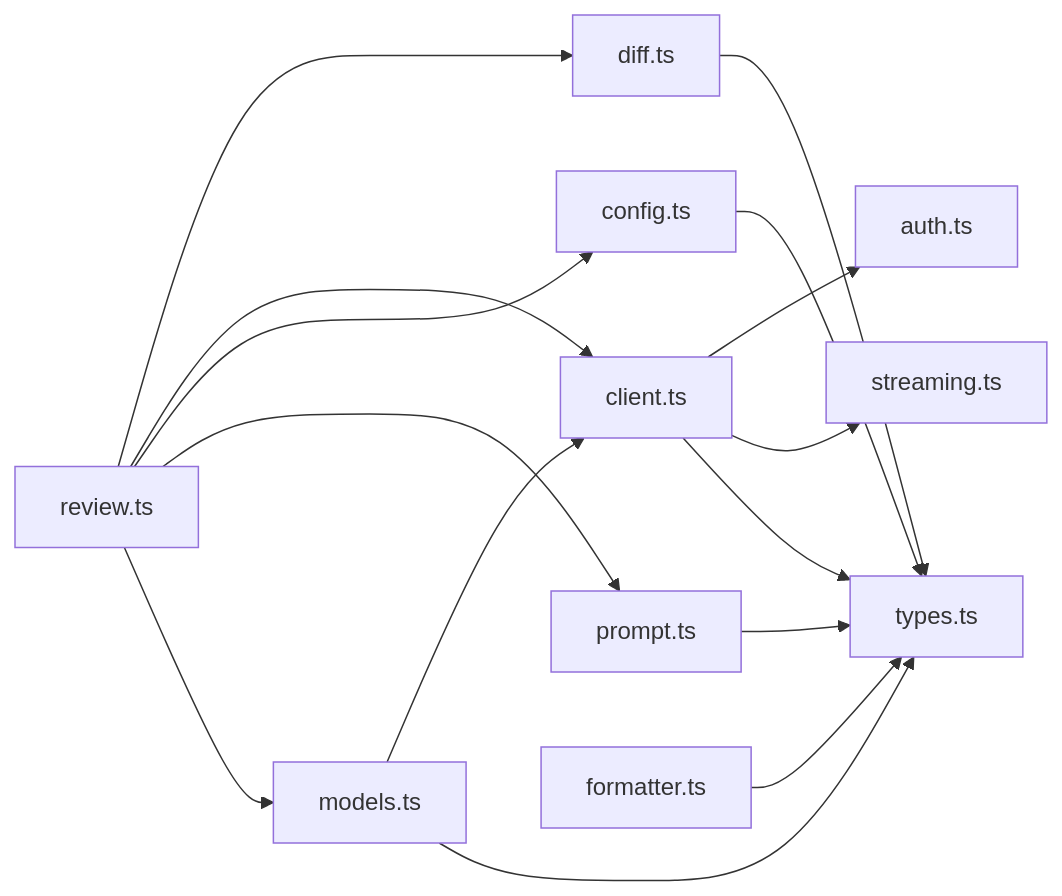
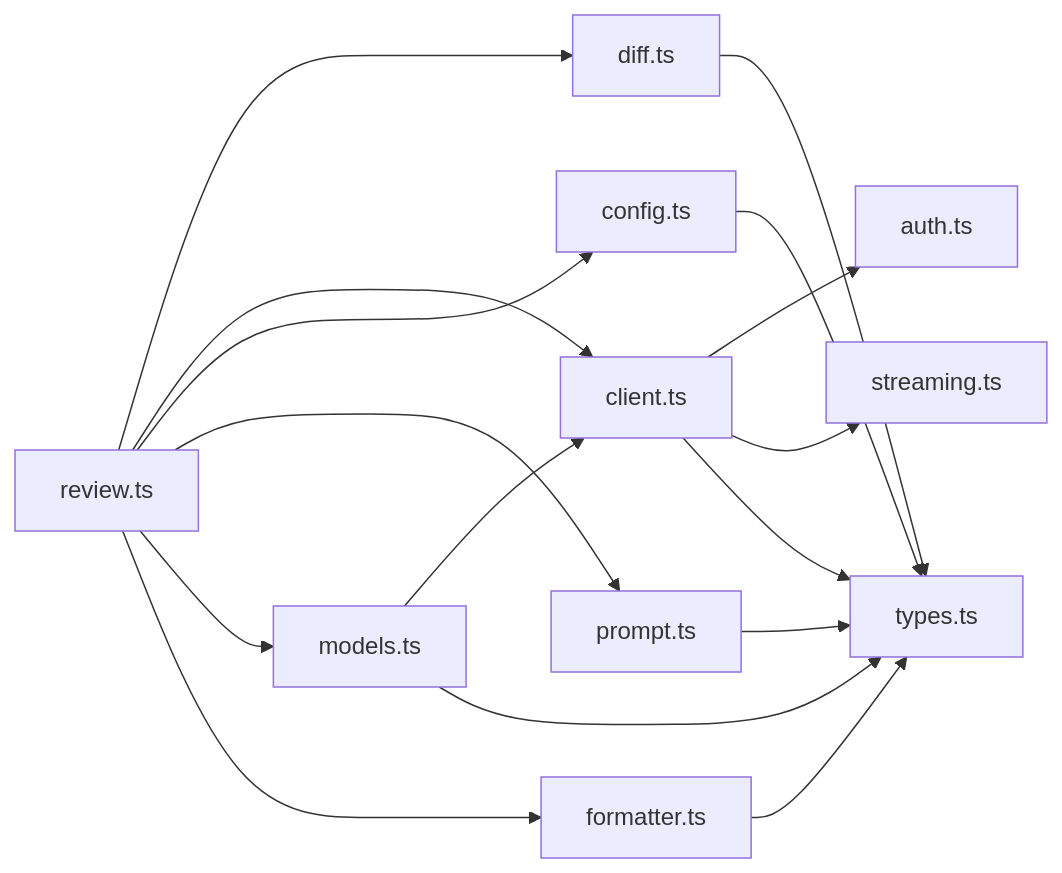
The second of 2 diagrams in docs/spec/01-architecture.md (asheshv/copilot-reviewer), drawn with Mermaid before and after one commit. The commit also changed other lines of this file and 12 other files, not shown here.

````diff
--- a/docs/spec/01-architecture.md
+++ b/docs/spec/01-architecture.md
@@ -106,19 +108,20 @@
 ```mermaid
 graph LR
     REVIEW["review.ts"] --> DIFF["diff.ts"]
     REVIEW --> CLIENT["client.ts"]
     REVIEW --> CONFIG["config.ts"]
     REVIEW --> PROMPT["prompt.ts"]
     REVIEW --> MODELS["models.ts"]
+    REVIEW --> FMT["formatter.ts"]
 
     CLIENT --> AUTH["auth.ts"]
     CLIENT --> STREAM["streaming.ts"]
     CLIENT --> TYPES["types.ts"]
 
     CONFIG --> TYPES
     DIFF --> TYPES
     MODELS --> CLIENT
     MODELS --> TYPES
-    FMT["formatter.ts"] --> TYPES
+    FMT --> TYPES
     PROMPT --> TYPES
 ```
````
